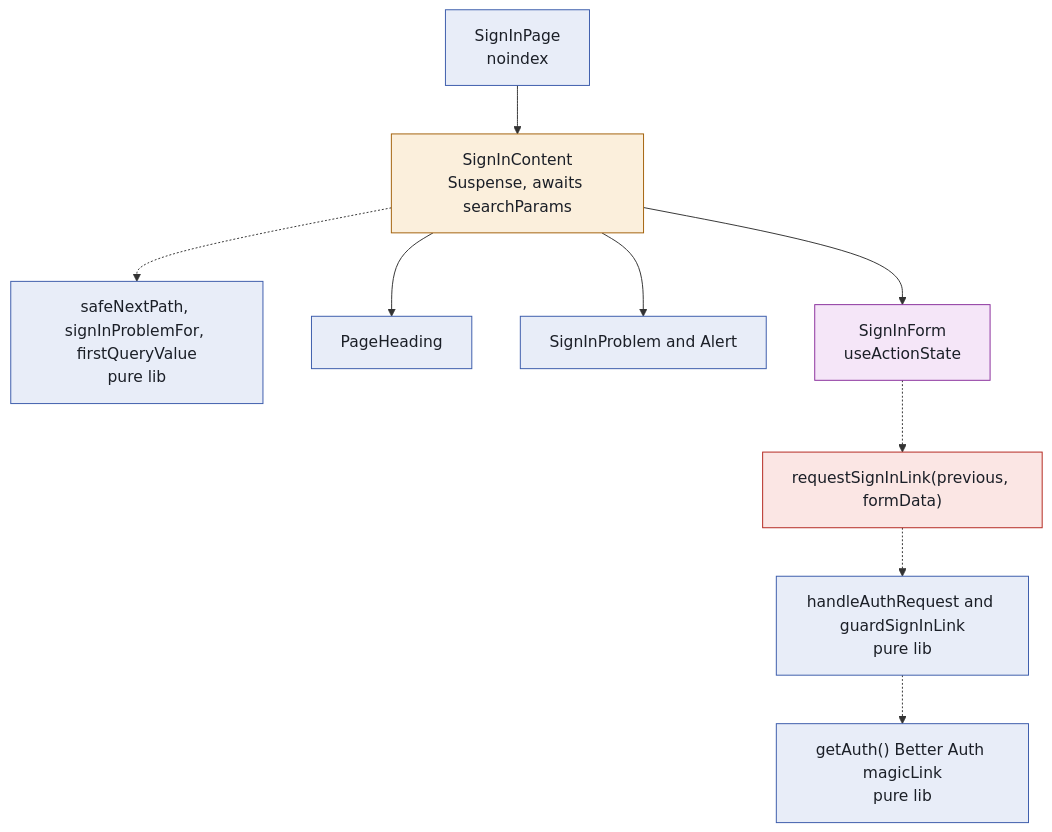
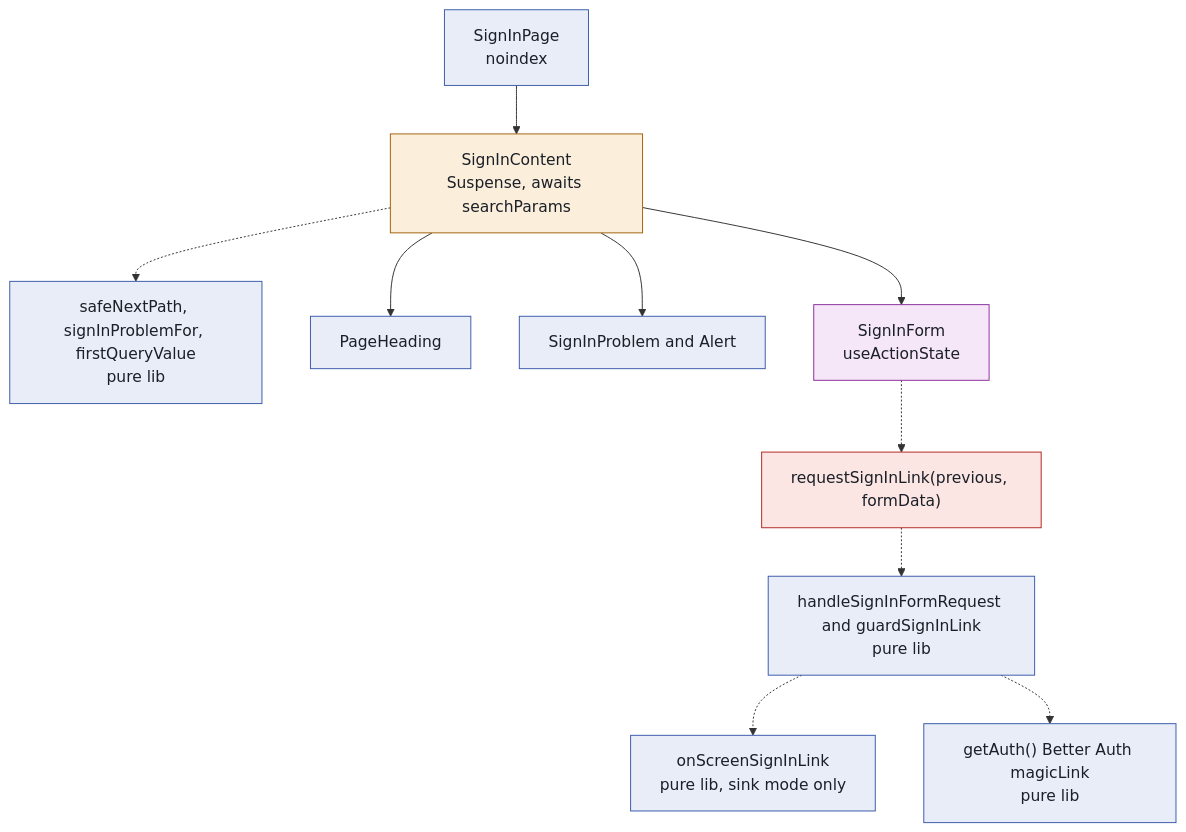
The second of 4 diagrams in src/app/(guest)/sign-in/README.md (defaultdave/ramble), drawn with Mermaid before and after one commit. The commit also changed other lines of this file and 16 other files, not shown here.

First line of the commit message:
Show the sign-in link on screen while email is in sink mode (U-130)

````diff
--- a/src/app/(guest)/sign-in/README.md
+++ b/src/app/(guest)/sign-in/README.md
@@ -77,27 +77,29 @@
 ```mermaid
 flowchart TD
   classDef server fill:#e8edf8,stroke:#3b5bab,color:#1b1f27
   classDef cached fill:#e2f3f0,stroke:#0f7a6c,color:#1b1f27
   classDef streamed fill:#fbefdc,stroke:#a3610a,color:#1b1f27
   classDef client fill:#f5e6f8,stroke:#8a2f9c,color:#1b1f27
   classDef action fill:#fbe6e4,stroke:#b3261e,color:#1b1f27
 
   P["SignInPage<br/>noindex"]:::server
   C["SignInContent<br/>Suspense, awaits searchParams"]:::streamed
   U["safeNextPath, signInProblemFor, firstQueryValue<br/>pure lib"]:::server
   PH["PageHeading"]:::server
   PR["SignInProblem and Alert"]:::server
   FM["SignInForm<br/>useActionState"]:::client
   A["requestSignInLink(previous, formData)"]:::action
-  HR["handleAuthRequest and guardSignInLink<br/>pure lib"]:::server
+  HR["handleSignInFormRequest and guardSignInLink<br/>pure lib"]:::server
+  OS["onScreenSignInLink<br/>pure lib, sink mode only"]:::server
   BA["getAuth() Better Auth magicLink<br/>pure lib"]:::server
 
   P --> C
   C -.-> U
   C --> PH
   C --> PR
   C --> FM
   FM -.-> A
   A -.-> HR
+  HR -.-> OS
   HR -.-> BA
 ```
````
